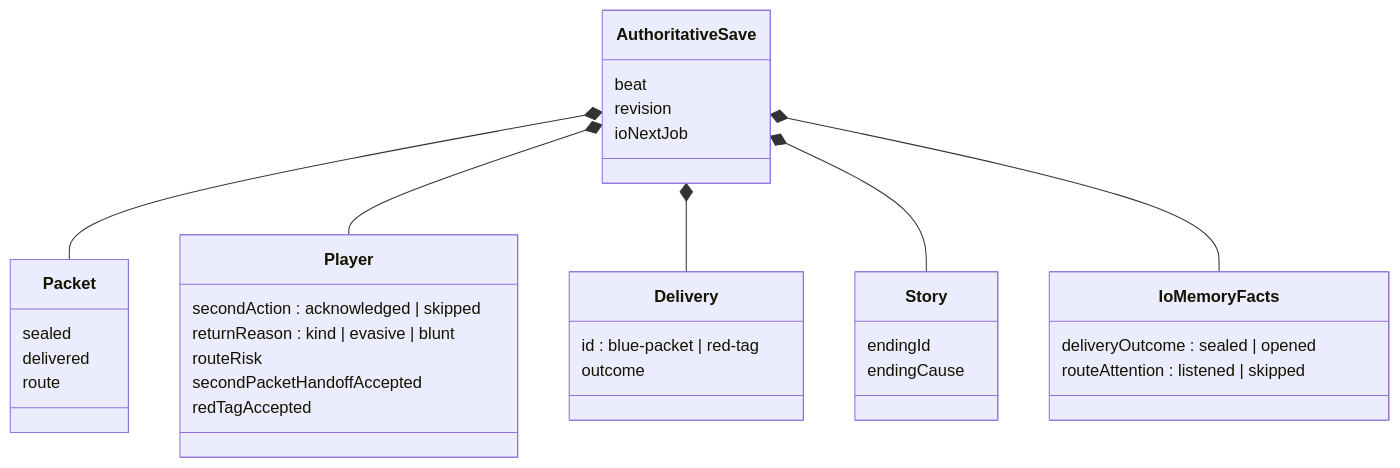
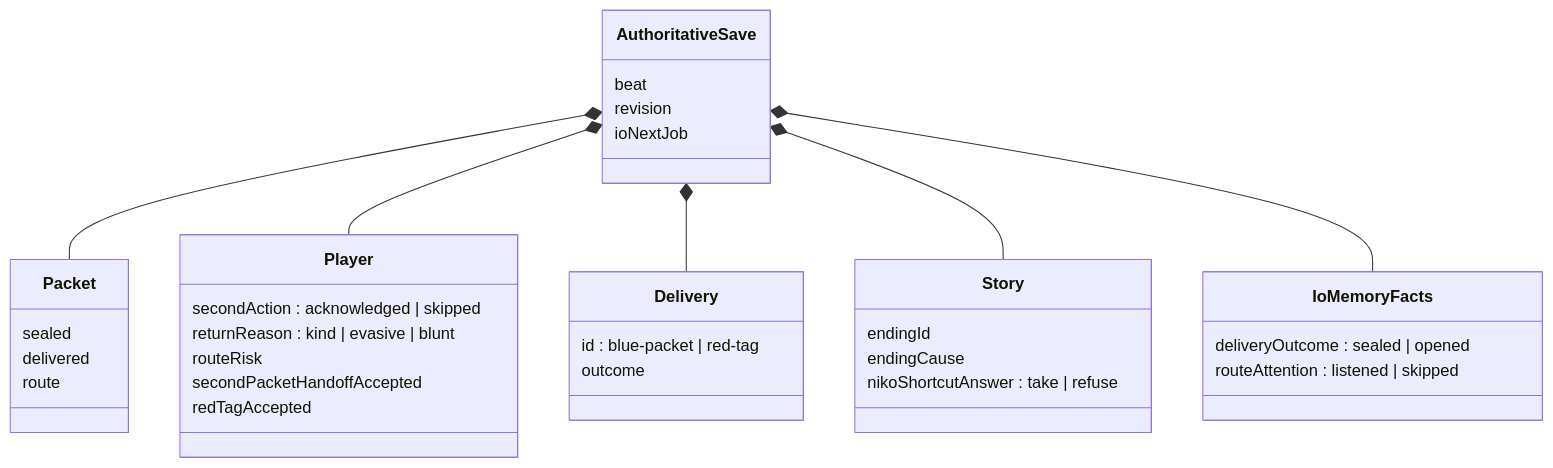
The fourth of 6 diagrams in docs/plan/architecture/README.md (phynars/oodim-game), drawn with Mermaid before and after one commit. The commit also changed 4 other files, not shown here.

````diff
--- a/docs/plan/architecture/README.md
+++ b/docs/plan/architecture/README.md
@@ -218,37 +218,38 @@
 ```mermaid
 classDiagram
   class AuthoritativeSave {
     beat
     revision
     ioNextJob
   }
   class Packet {
     sealed
     delivered
     route
   }
   class Player {
     secondAction : acknowledged | skipped
     returnReason : kind | evasive | blunt
     routeRisk
     secondPacketHandoffAccepted
     redTagAccepted
   }
   class Delivery {
     id : blue-packet | red-tag
     outcome
   }
   class Story {
     endingId
     endingCause
+    nikoShortcutAnswer : take | refuse
   }
   class IoMemoryFacts {
     deliveryOutcome : sealed | opened
     routeAttention : listened | skipped
   }
   AuthoritativeSave *-- Packet
   AuthoritativeSave *-- Player
   AuthoritativeSave *-- Delivery
   AuthoritativeSave *-- Story
   AuthoritativeSave *-- IoMemoryFacts
 ```
````
